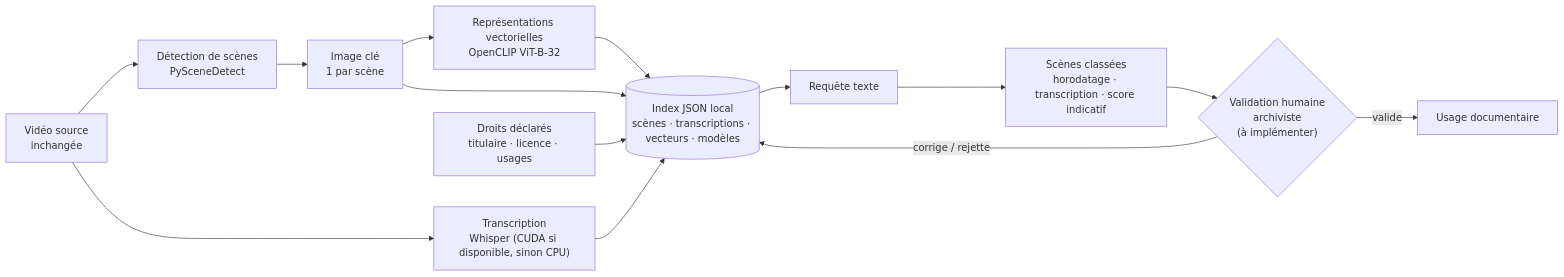
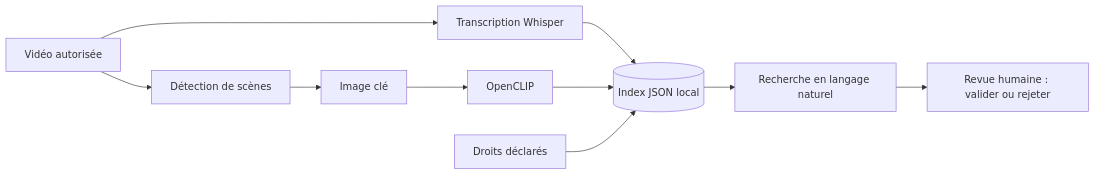
Before and after one commit to RayenMnif/archivIA: the diagram in README.md, drawn with Mermaid. The commit also changed other lines of this file, not shown here.

````diff
--- a/README.md
+++ b/README.md
@@ -259,16 +113,12 @@
 ```mermaid
 flowchart LR
-  V["Vidéo source<br/>inchangée"] --> S["Détection de scènes<br/>PySceneDetect"]
-  S --> K["Image clé<br/>1 par scène"]
-  V --> W["Transcription<br/>Whisper (CUDA si disponible, sinon CPU)"]
-  K --> C["Représentations vectorielles<br/>OpenCLIP ViT-B-32"]
-  D["Droits déclarés<br/>titulaire · licence · usages"] --> J[("Index JSON local<br/>scènes · transcriptions · vecteurs · modèles")]
-  K --> J
-  W --> J
+  V[Vidéo autorisée] --> S[Détection de scènes]
+  V --> T[Transcription Whisper]
+  S --> I[Image clé]
+  I --> C[OpenCLIP]
+  T --> J[(Index JSON local)]
   C --> J
-  J --> Q["Requête texte"]
-  Q --> R["Scènes classées<br/>horodatage · transcription · score indicatif"]
-  R --> H{"Validation humaine<br/>archiviste<br/>(à implémenter)"}
-  H -->|"corrige / rejette"| J
-  H -->|"valide"| P["Usage documentaire"]
+  D[Droits déclarés] --> J
+  J --> R[Recherche en langage naturel]
+  R --> H[Revue humaine : valider ou rejeter]
 ```
````
